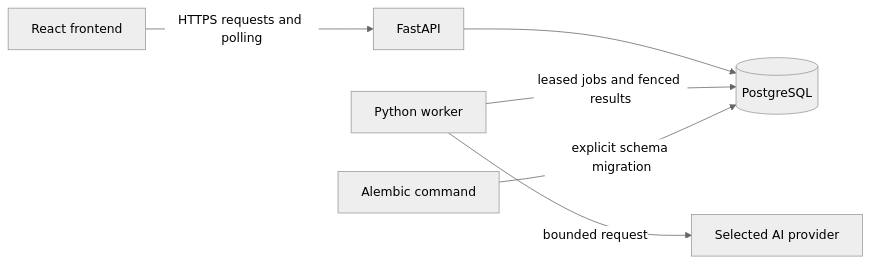
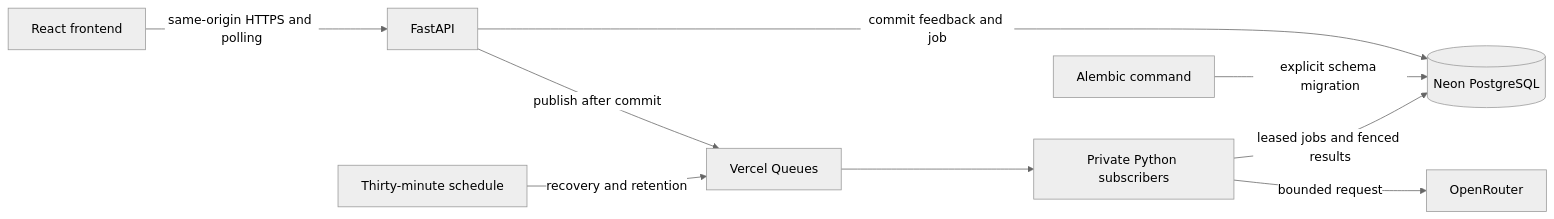
The diagram in docs/architecture.md (turovnd/realtime-data-workbench), drawn with Mermaid (neutral theme) before and after one commit. The commit also changed other lines of this file and 13 other files, not shown here.

Commit message:
Document the live Vercel and Neon deployment and align recovery checks

````diff
--- a/docs/architecture.md
+++ b/docs/architecture.md
@@ -3,8 +3,11 @@
 ```mermaid
 flowchart LR
-  UI[React frontend] -->|HTTPS requests and polling| API[FastAPI]
-  API --> DB[(PostgreSQL)]
-  Worker[Python worker] -->|leased jobs and fenced results| DB
-  Worker -->|bounded request| Provider[Selected AI provider]
+  UI[React frontend] -->|same-origin HTTPS and polling| API[FastAPI]
+  API -->|commit feedback and job| DB[(Neon PostgreSQL)]
+  API -->|publish after commit| Queue[Vercel Queues]
+  Queue --> Worker[Private Python subscribers]
+  Worker -->|leased jobs and fenced results| DB
+  Worker -->|bounded request| Provider[OpenRouter]
+  Schedule[Thirty-minute schedule] -->|recovery and retention| Queue
   Migration[Alembic command] -->|explicit schema migration| DB
 ```
````
